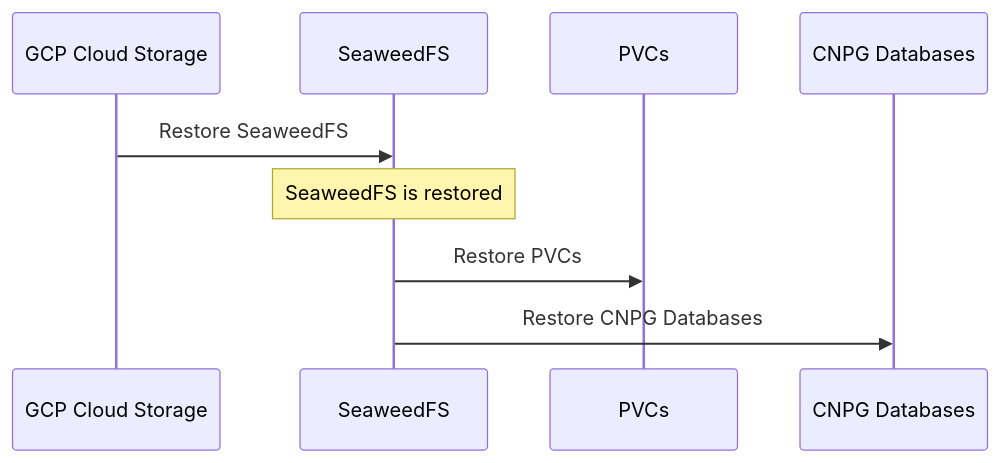
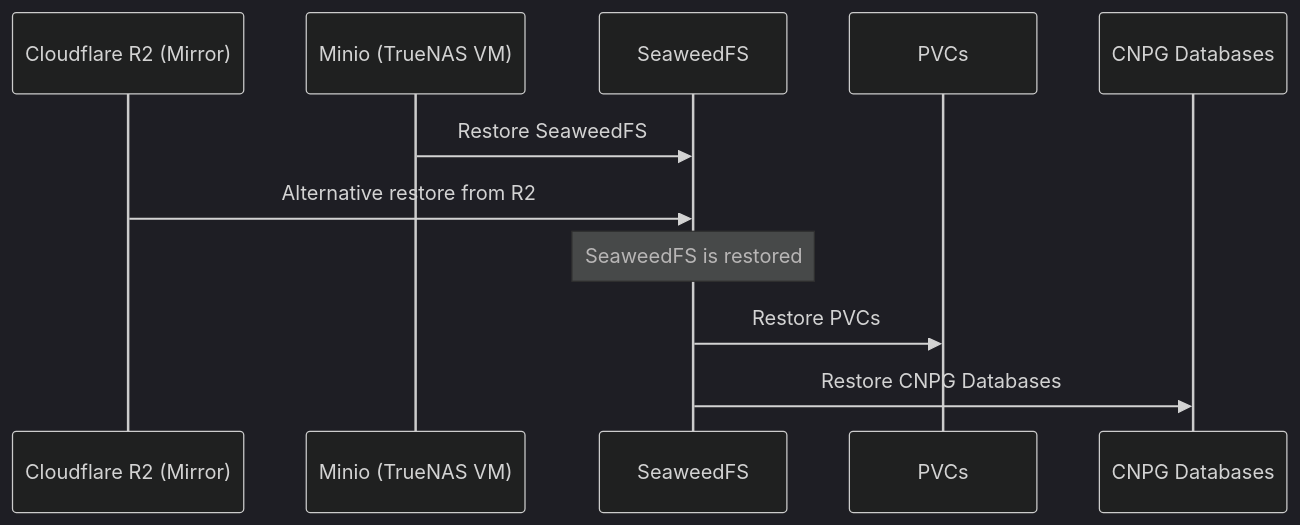
The second of 2 diagrams in docker/docs-site/docs/backups/index.md (blake-hamm/bhamm-lab), drawn with Mermaid before and after one commit. The commit also changed other lines of this file and 35 other files, not shown here.

````diff
--- a/docker/docs-site/docs/backups/index.md
+++ b/docker/docs-site/docs/backups/index.md
@@ -32,12 +33,18 @@
 ```mermaid
+---
+config:
+  theme: 'dark'
+---
 sequenceDiagram
-    participant GCP as GCP Cloud Storage
+    participant r2 as Cloudflare R2 (Mirror)
+    participant minio as Minio (TrueNAS VM)
     participant swfs as SeaweedFS
     participant pvc as PVCs
     participant cnpg as CNPG Databases
 
-    GCP->>swfs: Restore SeaweedFS
+    minio->>swfs: Restore SeaweedFS
+    r2->>swfs: Alternative restore from R2
     Note over swfs: SeaweedFS is restored
     swfs->>pvc: Restore PVCs
     swfs->>cnpg: Restore CNPG Databases
 ```
````
